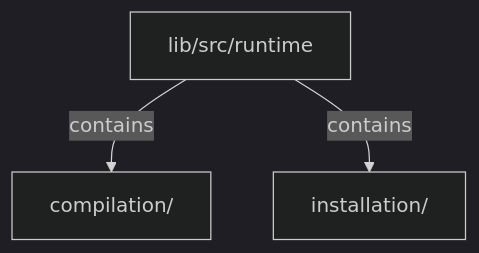
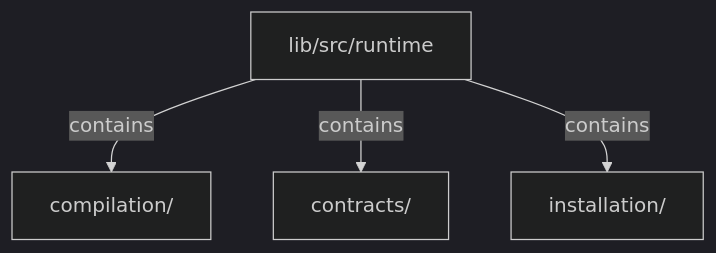
The diagram in docs/architecture/src/runtime/README.md (MiuDog/Kallopis), drawn with Mermaid (dark theme) before and after one commit. The commit also changed other lines of this file and 9688 other files, not shown here.

Commit message:
Prepare isolated Flow F2 peer baseline

````diff
--- a/docs/architecture/src/runtime/README.md
+++ b/docs/architecture/src/runtime/README.md
@@ -39,8 +39,10 @@
 ```mermaid
 flowchart TD
 	n0["lib/src/runtime"]
 	n1["compilation/"]
-	n2["installation/"]
+	n2["contracts/"]
+	n3["installation/"]
 	n0 -->|"contains"| n1
 	n0 -->|"contains"| n2
+	n0 -->|"contains"| n3
 ```
````
